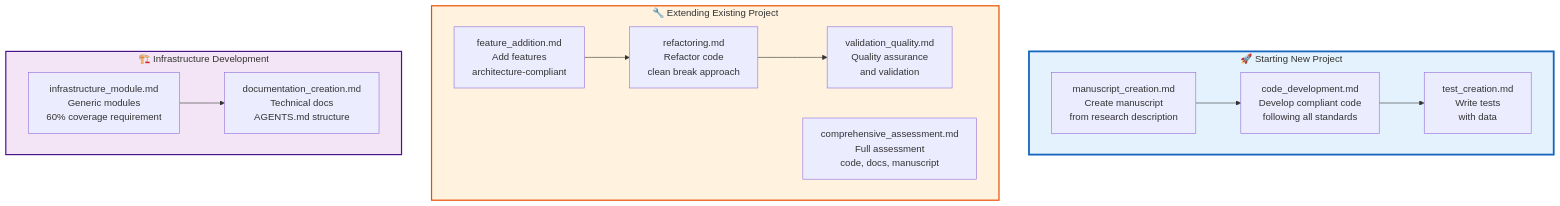
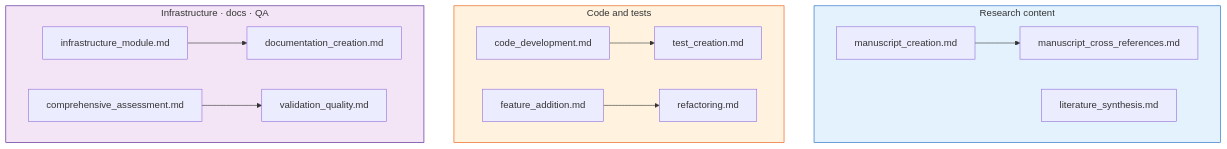
One commit to docxology/template changed the diagram in docs/prompts/README.md. Above: the diagram before and after it, drawn with Mermaid. The commit also changed other lines of this file and 822 other files, not shown here.

First line of the commit message:
chore: sync template — docs, infrastructure, orchestration, search, prose, tests

````diff
--- a/docs/prompts/README.md
+++ b/docs/prompts/README.md
@@ -34,34 +41,35 @@
 ```mermaid
 graph TD
-    subgraph NewProject["🚀 Starting New Project"]
-        MS[manuscript_creation.md<br/>Create manuscript<br/>from research description]
-        CD[code_development.md<br/>Develop compliant code<br/>following all standards]
-        TC[test_creation.md<br/>Write tests<br/>with data]
+    subgraph Research["Research content"]
+        MS[manuscript_creation.md]
+        MX[manuscript_cross_references.md]
+        LS[literature_synthesis.md]
     end
 
-    subgraph ExistingProject["🔧 Extending Existing Project"]
-        FA[feature_addition.md<br/>Add features<br/>architecture-compliant]
-        REF[refactoring.md<br/>Refactor code<br/>clean break approach]
-        VAL[validation_quality.md<br/>Quality assurance<br/>and validation]
-        CA[comprehensive_assessment.md<br/>Full assessment<br/>code, docs, manuscript]
+    subgraph Code["Code and tests"]
+        CD[code_development.md]
+        TC[test_creation.md]
+        FA[feature_addition.md]
+        RF[refactoring.md]
     end
 
-    subgraph Infrastructure["🏗️ Infrastructure Development"]
-        IM[infrastructure_module.md<br/>Generic modules<br/>60% coverage requirement]
-        DC[documentation_creation.md<br/>Technical docs<br/>AGENTS.md structure]
+    subgraph Ops["Infrastructure · docs · QA"]
+        IM[infrastructure_module.md]
+        DC[documentation_creation.md]
+        VQ[validation_quality.md]
+        CA[comprehensive_assessment.md]
     end
 
-    MS --> CD
+    MS --> MX
     CD --> TC
-    FA --> REF
-    REF --> VAL
+    FA --> RF
     IM --> DC
+    CA --> VQ
 
-    classDef core fill:#e3f2fd,stroke:#1565c0,stroke-width:3px
-    classDef advanced fill:#fff3e0,stroke:#e65100,stroke-width:2px
-    classDef infra fill:#f3e5f5,stroke:#4a148c,stroke-width:2px
-
-    class NewProject core
-    class ExistingProject advanced
-    class Infrastructure infra
+    classDef r fill:#e3f2fd,stroke:#1565c0
+    classDef c fill:#fff3e0,stroke:#e65100
+    classDef o fill:#f3e5f5,stroke:#4a148c
+    class Research r
+    class Code c
+    class Ops o
 ```
````
